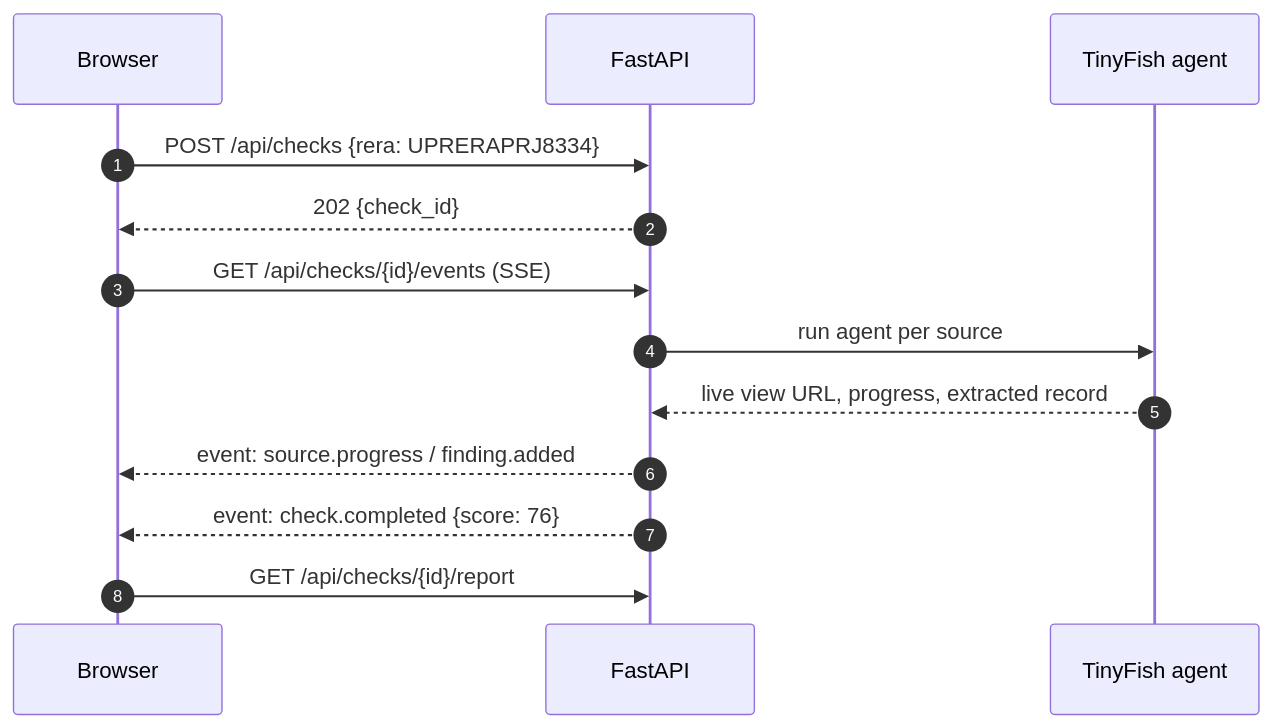
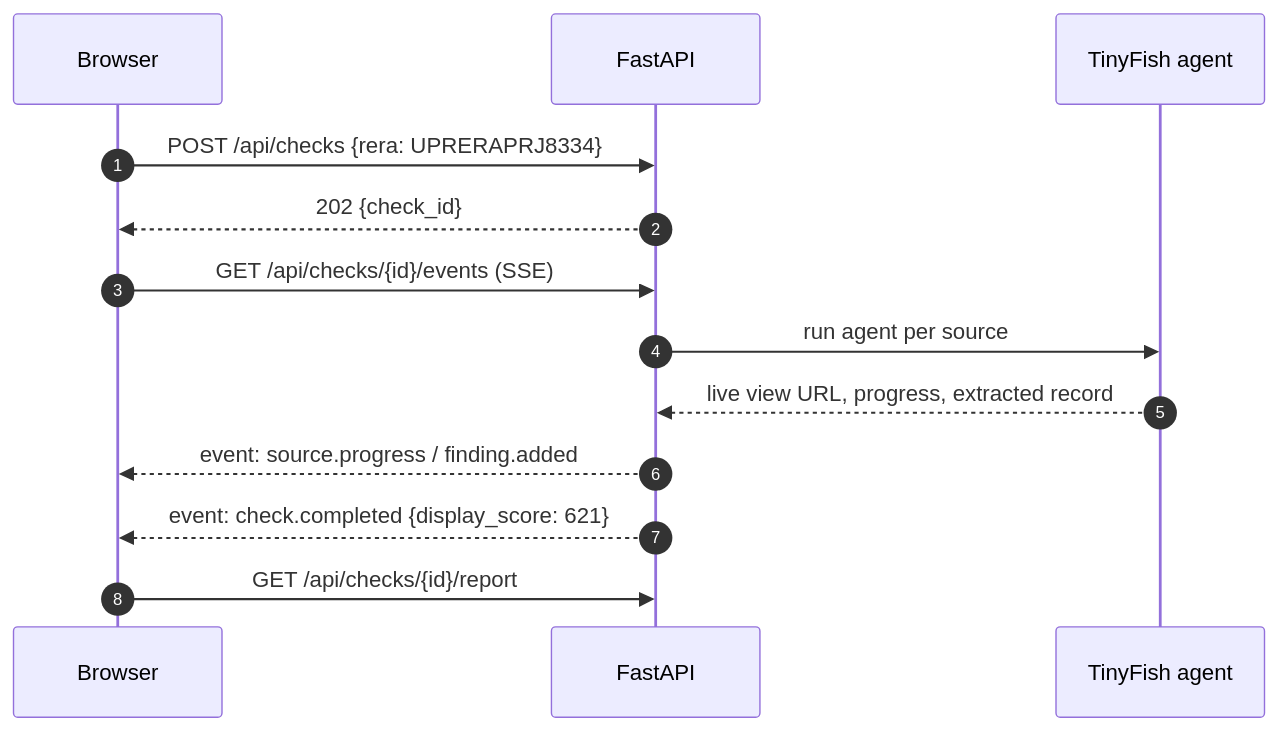
One commit to Nitinmittal373/HACKATHON_IIIT-DELHI_2026 changed the second of 2 diagrams in README.md. Above: the diagram before and after it, drawn with Mermaid. The commit also changed other lines of this file and 5 other files, not shown here.

````diff
--- a/README.md
+++ b/README.md
@@ -189,15 +189,15 @@
 ```mermaid
 sequenceDiagram
     autonumber
     participant B as Browser
     participant A as FastAPI
     participant T as TinyFish agent
     B->>A: POST /api/checks {rera: UPRERAPRJ8334}
     A-->>B: 202 {check_id}
     B->>A: GET /api/checks/{id}/events (SSE)
     A->>T: run agent per source
     T-->>A: live view URL, progress, extracted record
     A-->>B: event: source.progress / finding.added
-    A-->>B: event: check.completed {score: 76}
+    A-->>B: event: check.completed {display_score: 621}
     B->>A: GET /api/checks/{id}/report
 ```
````
